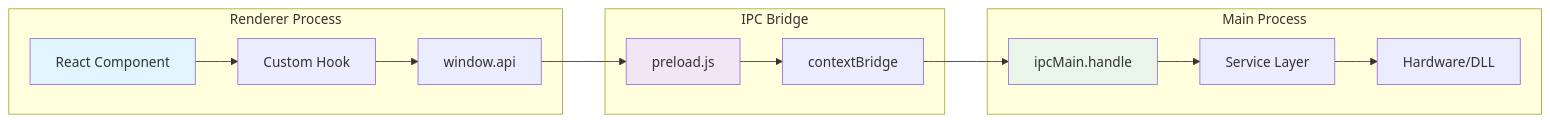
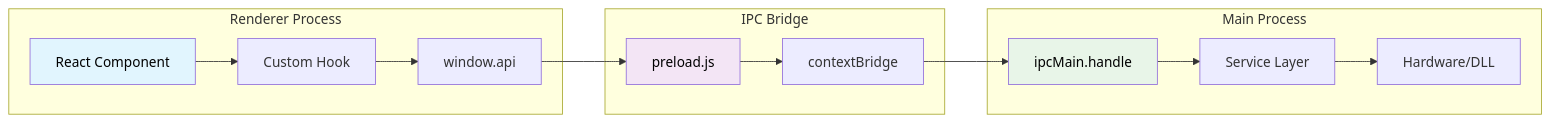
The third of 9 diagrams in docs/CONTRIBUTING.md (Interlaken0/temperature-plotter), drawn with Mermaid before and after one commit. The commit also changed other lines of this file and 8 other files, not shown here.

First line of the commit message:
Standardise Mermaid diagram text colour to black across all documentation

````diff
--- a/docs/CONTRIBUTING.md
+++ b/docs/CONTRIBUTING.md
@@ -434,22 +434,22 @@
 ```mermaid
 graph LR
     subgraph "Renderer Process"
         A[React Component] --> B[Custom Hook]
         B --> C[window.api]
     end
     
     subgraph "IPC Bridge"
         C --> D[preload.js]
         D --> E[contextBridge]
     end
     
     subgraph "Main Process"
         E --> F[ipcMain.handle]
         F --> G[Service Layer]
         G --> H[Hardware/DLL]
     end
     
-    style A fill:#e1f5fe
-    style D fill:#f3e5f5
-    style F fill:#e8f5e8
+    style A fill:#e1f5fe,color:#000000
+    style D fill:#f3e5f5,color:#000000
+    style F fill:#e8f5e8,color:#000000
 ```
````
